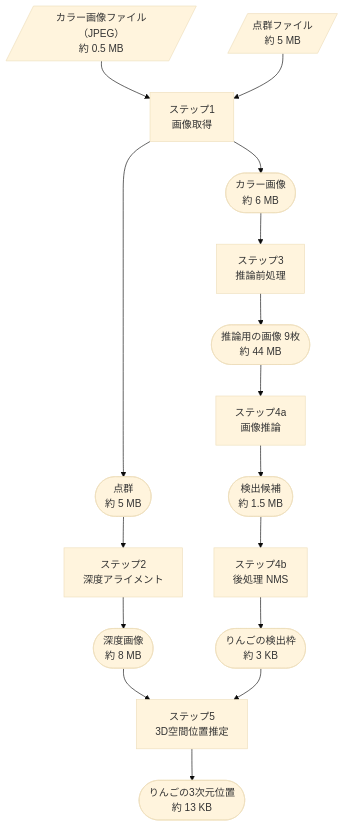
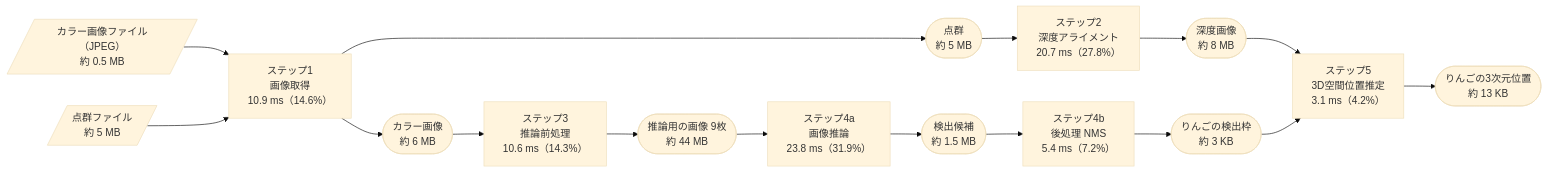
The first of 5 diagrams in docs/measure_centralized_dependencies.md (Hanibuchi/harvest_nn), drawn with Mermaid (base theme) before and after one commit. The commit also changed other lines of this file, not shown here.

Commit message:
発表用の簡略図に各ステップの処理時間を追加
簡略図の各ステップに1枚あたりの平均処理時間と合計に占める割合を
書き足し、本文に合計時間（平均・中央値・標準偏差）を追記した。

````diff
--- a/docs/measure_centralized_dependencies.md
+++ b/docs/measure_centralized_dependencies.md
@@ -15,32 +18,32 @@
 ```mermaid
-flowchart TD
+flowchart LR
     IMGFILE[/"カラー画像ファイル（JPEG）<br/>約 0.5 MB"/]
     PCFILE[/"点群ファイル<br/>約 5 MB"/]
 
-    S1["ステップ1<br/>画像取得"]
-    S2["ステップ2<br/>深度アライメント"]
-    S3["ステップ3<br/>推論前処理"]
-    S4A["ステップ4a<br/>画像推論"]
-    S4B["ステップ4b<br/>後処理 NMS"]
-    S5["ステップ5<br/>3D空間位置推定"]
+    S1["ステップ1<br/>画像取得<br/>10.9 ms（14.6%）"]
+    S2["ステップ2<br/>深度アライメント<br/>20.7 ms（27.8%）"]
+    S3["ステップ3<br/>推論前処理<br/>10.6 ms（14.3%）"]
+    S4A["ステップ4a<br/>画像推論<br/>23.8 ms（31.9%）"]
+    S4B["ステップ4b<br/>後処理 NMS<br/>5.4 ms（7.2%）"]
+    S5["ステップ5<br/>3D空間位置推定<br/>3.1 ms（4.2%）"]
 
     COLOR(["カラー画像<br/>約 6 MB"])
     PC(["点群<br/>約 5 MB"])
     DEPTH(["深度画像<br/>約 8 MB"])
     TENSORS(["推論用の画像 9枚<br/>約 44 MB"])
     RAW(["検出候補<br/>約 1.5 MB"])
     BOXES(["りんごの検出枠<br/>約 3 KB"])
     APPLES(["りんごの3次元位置<br/>約 13 KB"])
 
     IMGFILE --> S1
     PCFILE --> S1
     S1 --> COLOR
     S1 --> PC
 
     COLOR --> S3 --> TENSORS --> S4A --> RAW --> S4B --> BOXES
     PC --> S2 --> DEPTH
 
     DEPTH --> S5
     BOXES --> S5
     S5 --> APPLES
 ```
````
